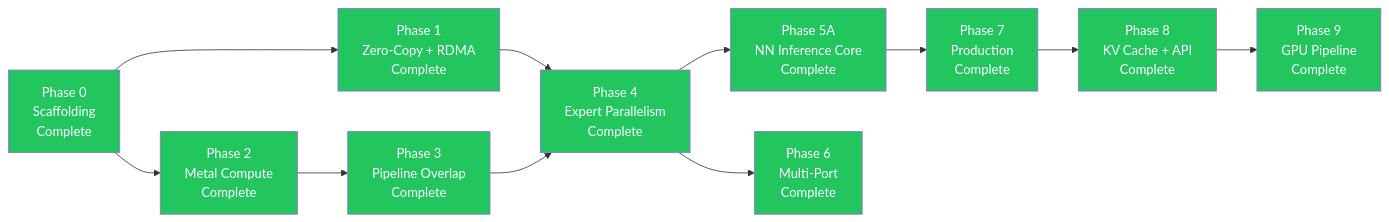
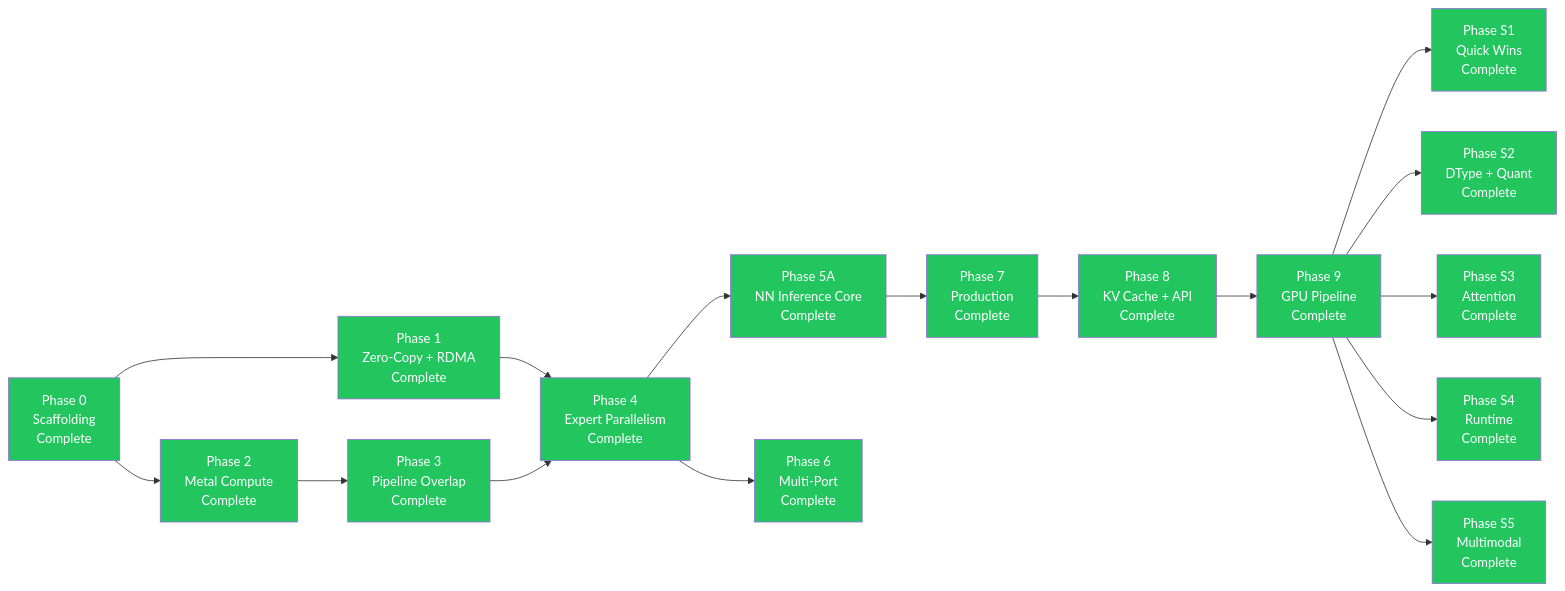
Before and after one commit to 0xDaizz/RMLX: the diagram in docs/roadmap/phases.md, drawn with Mermaid. The commit also changed other lines of this file and 30 other files, not shown here.

````diff
--- a/docs/roadmap/phases.md
+++ b/docs/roadmap/phases.md
@@ -53,35 +63,52 @@
 ```mermaid
 graph LR
     P0["Phase 0<br/>Scaffolding<br/>Complete"]
     P1["Phase 1<br/>Zero-Copy + RDMA<br/>Complete"]
     P2["Phase 2<br/>Metal Compute<br/>Complete"]
     P3["Phase 3<br/>Pipeline Overlap<br/>Complete"]
     P4["Phase 4<br/>Expert Parallelism<br/>Complete"]
     P5A["Phase 5A<br/>NN Inference Core<br/>Complete"]
     P6["Phase 6<br/>Multi-Port<br/>Complete"]
     P7["Phase 7<br/>Production<br/>Complete"]
     P8["Phase 8<br/>KV Cache + API<br/>Complete"]
     P9["Phase 9<br/>GPU Pipeline<br/>Complete"]
 
     P0 --> P1
     P0 --> P2
     P2 --> P3
     P1 --> P4
     P3 --> P4
     P4 --> P5A
     P4 --> P6
     P5A --> P7
     P7 --> P8
     P8 --> P9
 
+    PS1["Phase S1<br/>Quick Wins<br/>Complete"]
+    PS2["Phase S2<br/>DType + Quant<br/>Complete"]
+    PS3["Phase S3<br/>Attention<br/>Complete"]
+    PS4["Phase S4<br/>Runtime<br/>Complete"]
+    PS5["Phase S5<br/>Multimodal<br/>Complete"]
+
+    P9 --> PS1
+    P9 --> PS2
+    P9 --> PS3
+    P9 --> PS4
+    P9 --> PS5
+
     style P0 fill:#22c55e,color:#fff
     style P1 fill:#22c55e,color:#fff
     style P2 fill:#22c55e,color:#fff
     style P3 fill:#22c55e,color:#fff
     style P4 fill:#22c55e,color:#fff
     style P5A fill:#22c55e,color:#fff
     style P6 fill:#22c55e,color:#fff
     style P7 fill:#22c55e,color:#fff
     style P8 fill:#22c55e,color:#fff
     style P9 fill:#22c55e,color:#fff
+    style PS1 fill:#22c55e,color:#fff
+    style PS2 fill:#22c55e,color:#fff
+    style PS3 fill:#22c55e,color:#fff
+    style PS4 fill:#22c55e,color:#fff
+    style PS5 fill:#22c55e,color:#fff
 ```
````
